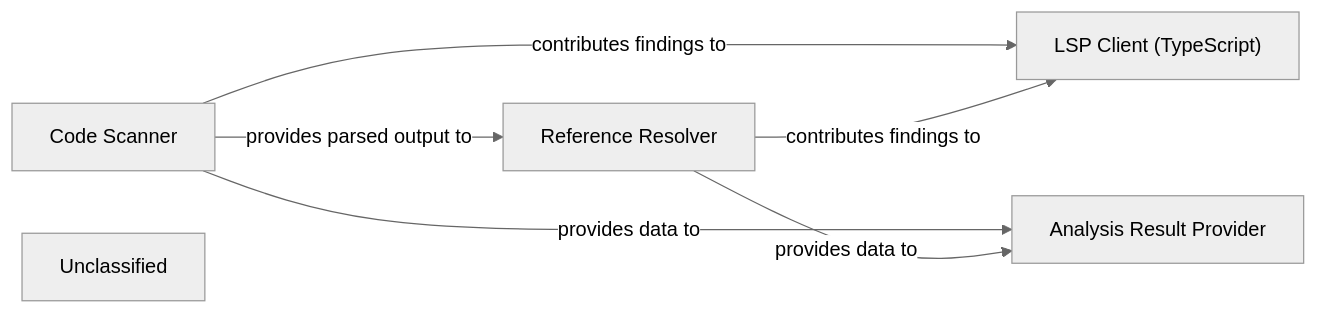
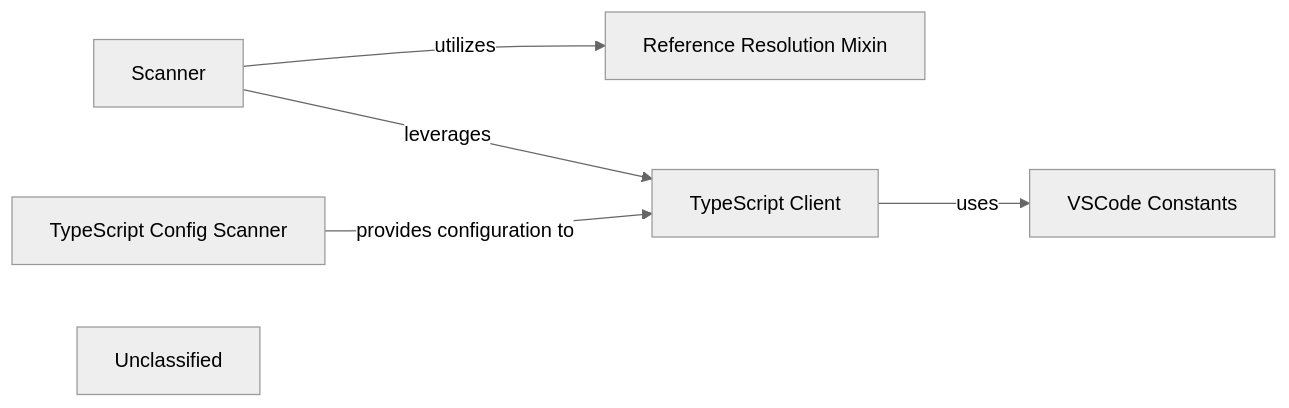
One commit to mariyam866/CodeBoarding changed the diagram in .codeboarding/Static_Analysis_Engine.md. Above: the diagram before and after it, drawn with Mermaid (neutral theme). The commit also changed other lines of this file and 15 other files, not shown here.

First line of the commit message:
docs: update codeboarding documentation and generate architecture

````diff
--- a/.codeboarding/Static_Analysis_Engine.md
+++ b/.codeboarding/Static_Analysis_Engine.md
@@ -1,13 +1,13 @@
 ```mermaid
 graph LR
-    Code_Scanner["Code Scanner"]
-    Reference_Resolver["Reference Resolver"]
-    LSP_Client_TypeScript_["LSP Client (TypeScript)"]
-    Analysis_Result_Provider["Analysis Result Provider"]
+    Scanner["Scanner"]
+    TypeScript_Client["TypeScript Client"]
+    Reference_Resolution_Mixin["Reference Resolution Mixin"]
+    TypeScript_Config_Scanner["TypeScript Config Scanner"]
+    VSCode_Constants["VSCode Constants"]
     Unclassified["Unclassified"]
-    Code_Scanner -- "provides parsed output to" --> Reference_Resolver
-    Code_Scanner -- "contributes findings to" --> LSP_Client_TypeScript_
-    Code_Scanner -- "provides data to" --> Analysis_Result_Provider
-    Reference_Resolver -- "contributes findings to" --> LSP_Client_TypeScript_
-    Reference_Resolver -- "provides data to" --> Analysis_Result_Provider
+    Scanner -- "utilizes" --> Reference_Resolution_Mixin
+    Scanner -- "leverages" --> TypeScript_Client
+    TypeScript_Client -- "uses" --> VSCode_Constants
+    TypeScript_Config_Scanner -- "provides configuration to" --> TypeScript_Client
 ```
````
